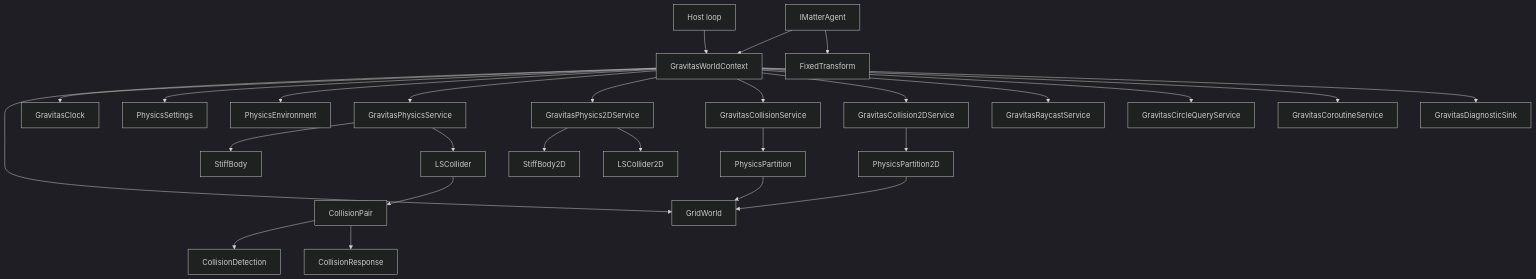
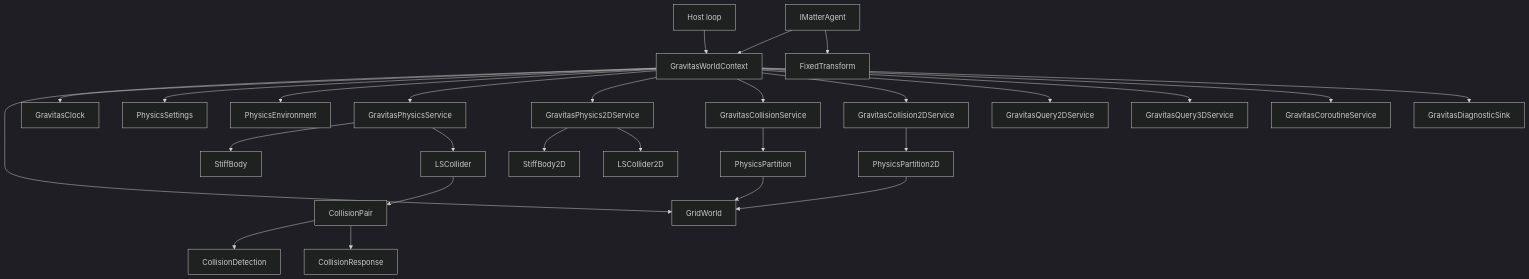
Before and after one commit to mrdav30/Gravitas: the diagram in docs/wiki/OVERVIEW.md, drawn with Mermaid (dark theme). The commit also changed other lines of this file and 45 other files, not shown here.

````diff
--- a/docs/wiki/OVERVIEW.md
+++ b/docs/wiki/OVERVIEW.md
@@ -54,29 +54,29 @@
 ```mermaid
 flowchart TD
     Host["Host loop"] --> Context["GravitasWorldContext"]
     Context --> World["GridWorld"]
     Context --> Clock["GravitasClock"]
     Context --> Settings["PhysicsSettings"]
     Context --> Environment["PhysicsEnvironment"]
     Context --> Physics["GravitasPhysicsService"]
     Context --> Physics2D["GravitasPhysics2DService"]
     Context --> Collisions["GravitasCollisionService"]
     Context --> Collisions2D["GravitasCollision2DService"]
-    Context --> Raycasts["GravitasRaycastService"]
-    Context --> CircleQueries["GravitasCircleQueryService"]
+    Context --> Query2D["GravitasQuery2DService"]
+    Context --> Query3D["GravitasQuery3DService"]
     Context --> Coroutines["GravitasCoroutineService"]
     Context --> Diagnostics["GravitasDiagnosticSink"]
     Agent["IMatterAgent"] --> Context
     Agent --> Transform["FixedTransform"]
     Physics --> Body["StiffBody"]
     Physics --> Collider["LSCollider"]
     Physics2D --> Body2D["StiffBody2D"]
     Physics2D --> Collider2D["LSCollider2D"]
     Collisions --> Partition["PhysicsPartition"]
     Collisions2D --> Partition2D["PhysicsPartition2D"]
     Partition --> World
     Partition2D --> World
     Collider --> Pair["CollisionPair"]
     Pair --> Detection["CollisionDetection"]
     Pair --> Response["CollisionResponse"]
 ```
````
